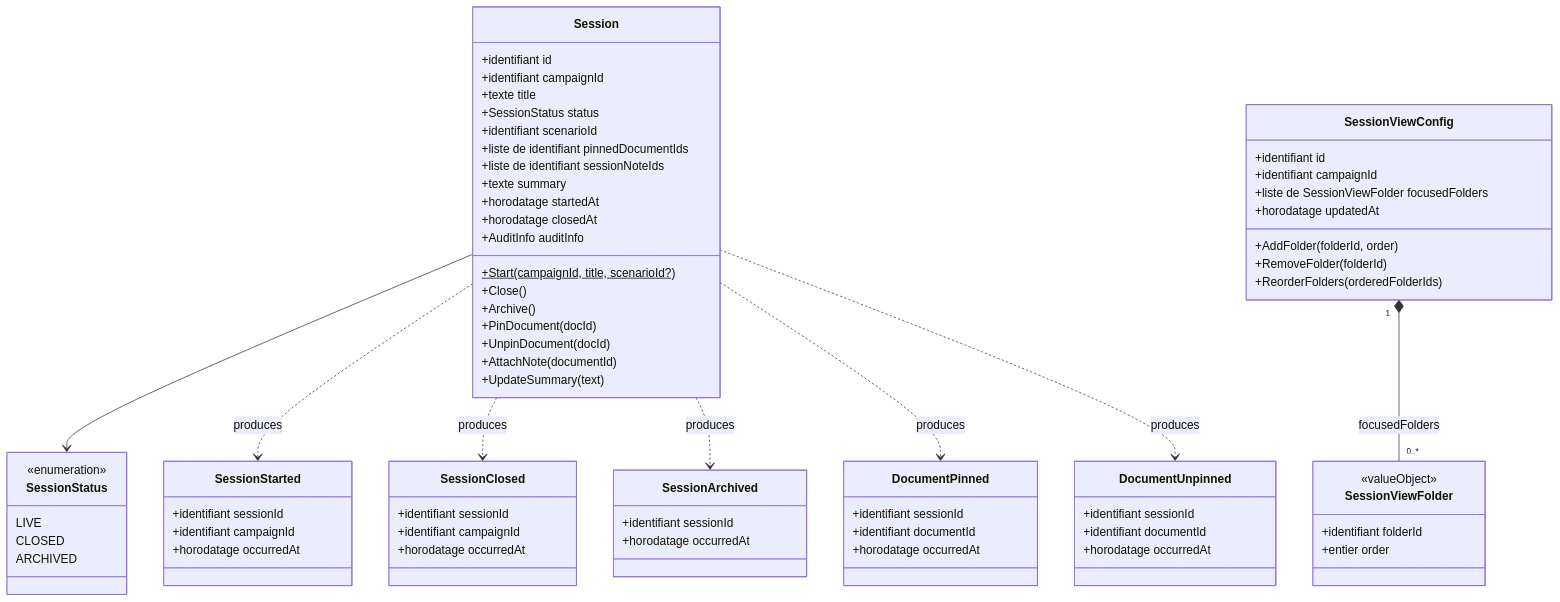
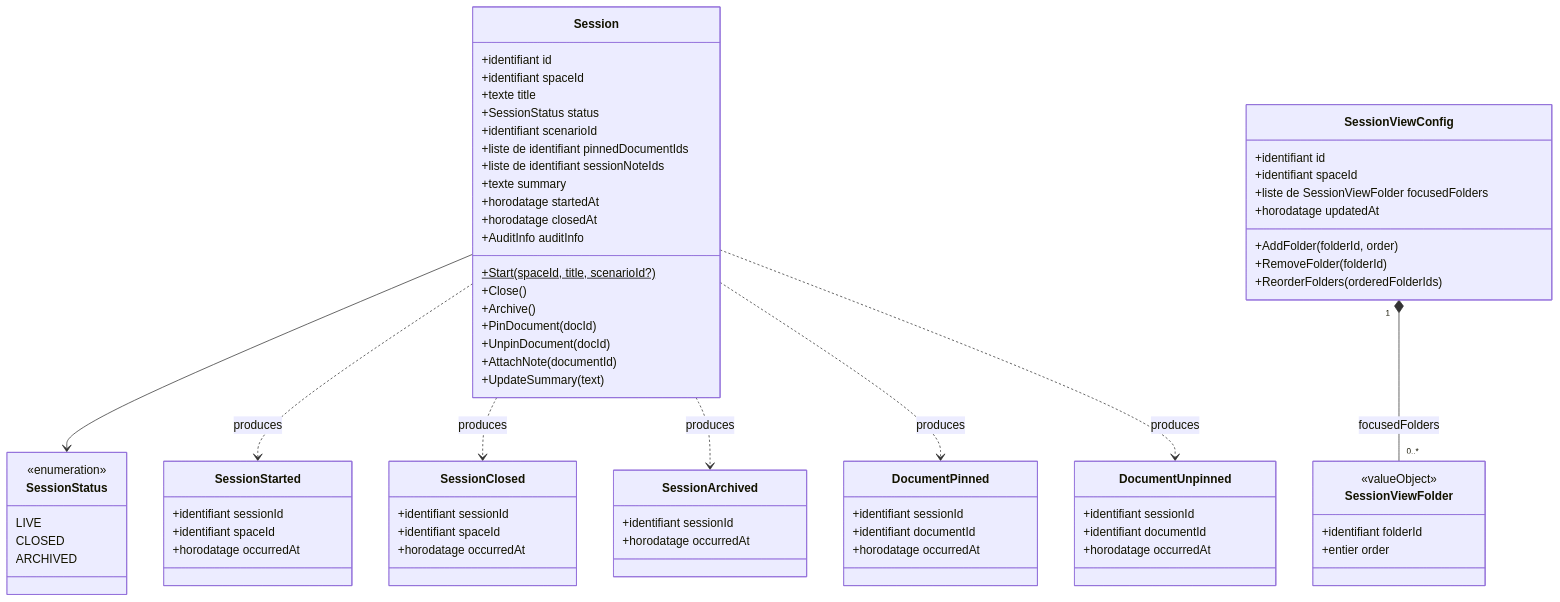
The diagram in docs/conception/domain/diagrams/classes/session-conduct.md (2025-10-CDA-ECO-P6/PM-micro-saas), drawn with Mermaid before and after one commit. The commit also changed 68 other files, not shown here.

First line of the commit message:
docs(corpus): renomme Campaign en Space et ajoute les spécifications techniques

```diff
--- a/docs/conception/domain/diagrams/classes/session-conduct.md
+++ b/docs/conception/domain/diagrams/classes/session-conduct.md
@@ -4,7 +4,7 @@
 classDiagram
     class Session {
         +identifiant id
-        +identifiant campaignId
+        +identifiant spaceId
         +texte title
         +SessionStatus status
         +identifiant scenarioId
@@ -14,7 +14,7 @@
         +horodatage startedAt
         +horodatage closedAt
         +AuditInfo auditInfo
-        +Start(campaignId, title, scenarioId?)$
+        +Start(spaceId, title, scenarioId?)$
         +Close()
         +Archive()
         +PinDocument(docId)
@@ -25,7 +25,7 @@
 
     class SessionViewConfig {
         +identifiant id
-        +identifiant campaignId
+        +identifiant spaceId
         +liste de SessionViewFolder focusedFolders
         +horodatage updatedAt
         +AddFolder(folderId, order)
@@ -48,13 +48,13 @@
 
     class SessionStarted {
         +identifiant sessionId
-        +identifiant campaignId
+        +identifiant spaceId
         +horodatage occurredAt
     }
 
     class SessionClosed {
         +identifiant sessionId
-        +identifiant campaignId
+        +identifiant spaceId
         +horodatage occurredAt
     }
 
```
